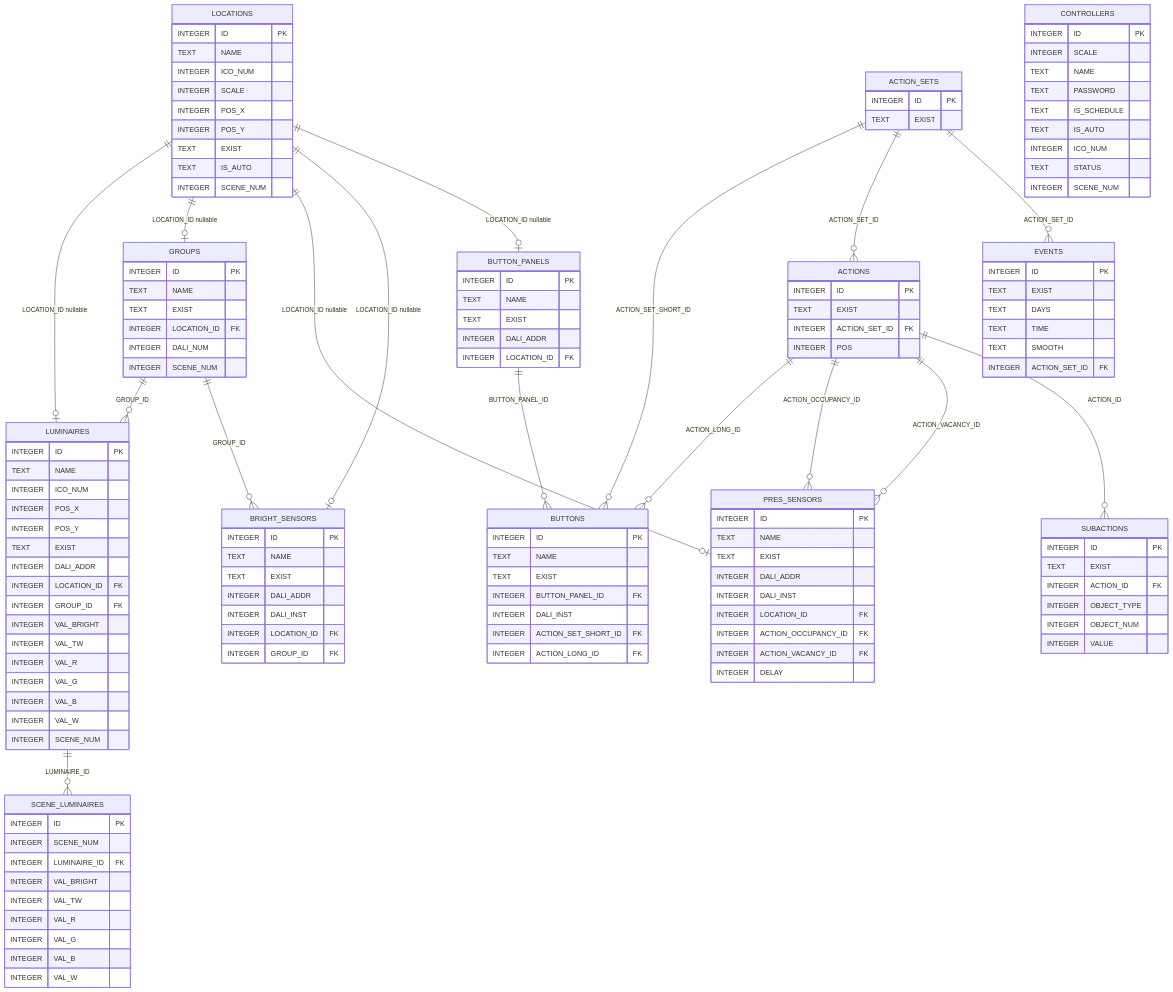
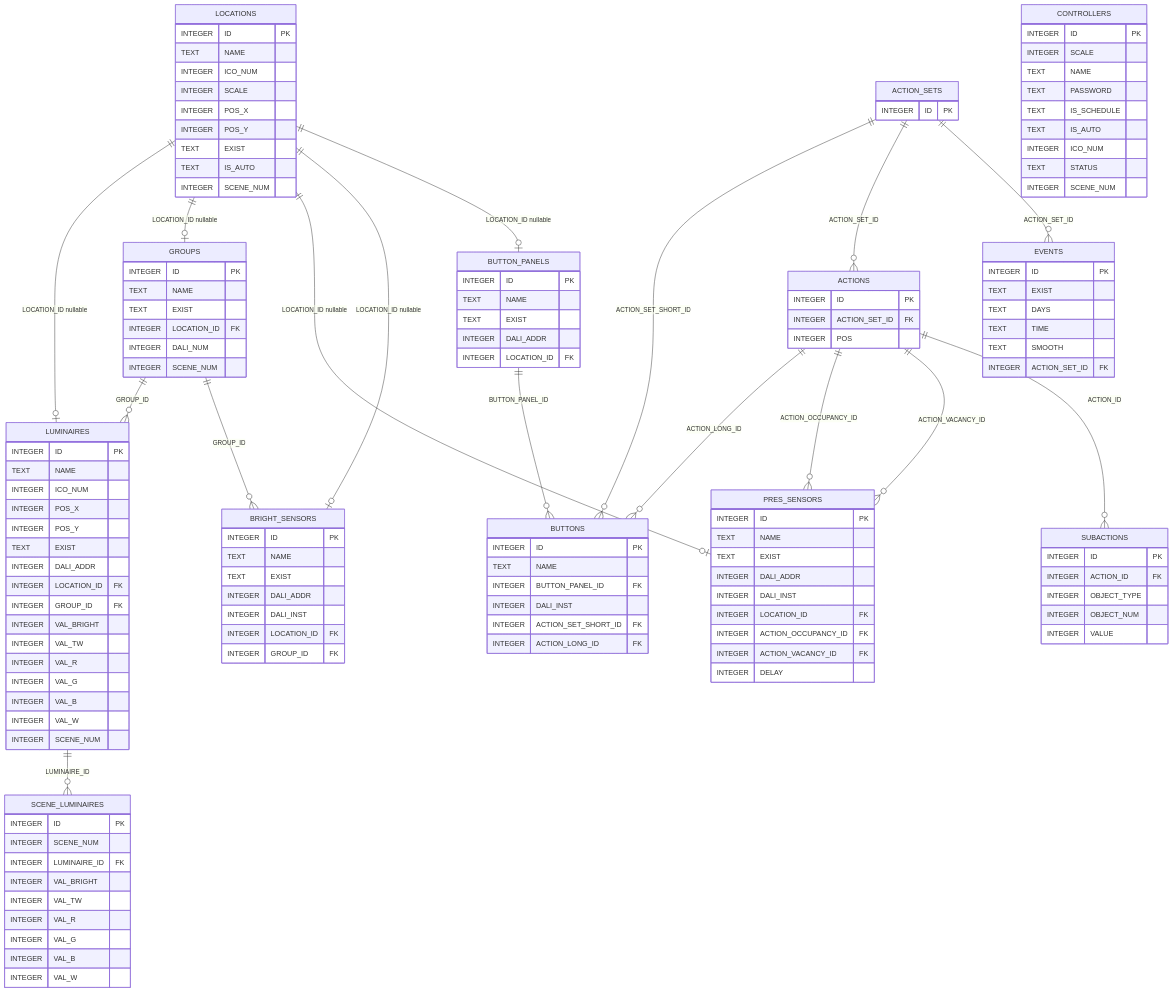
Before and after one commit to KhudyakovAlex/Synapse: the diagram in PDS/SynapsePDS_APP_DB_scheme.md, drawn with Mermaid. The commit also changed other lines of this file and 12 other files, not shown here.

```diff
--- a/PDS/SynapsePDS_APP_DB_scheme.md
+++ b/PDS/SynapsePDS_APP_DB_scheme.md
@@ -120,7 +120,6 @@
     BUTTONS {
         INTEGER ID PK
         TEXT NAME
-        TEXT EXIST
         INTEGER BUTTON_PANEL_ID FK
         INTEGER DALI_INST
         INTEGER ACTION_SET_SHORT_ID FK
@@ -129,19 +128,16 @@
 
     ACTIONS {
         INTEGER ID PK
-        TEXT EXIST
         INTEGER ACTION_SET_ID FK
         INTEGER POS
     }
 
     ACTION_SETS {
         INTEGER ID PK
-        TEXT EXIST
     }
 
     SUBACTIONS {
         INTEGER ID PK
-        TEXT EXIST
         INTEGER ACTION_ID FK
         INTEGER OBJECT_TYPE
         INTEGER OBJECT_NUM
```
